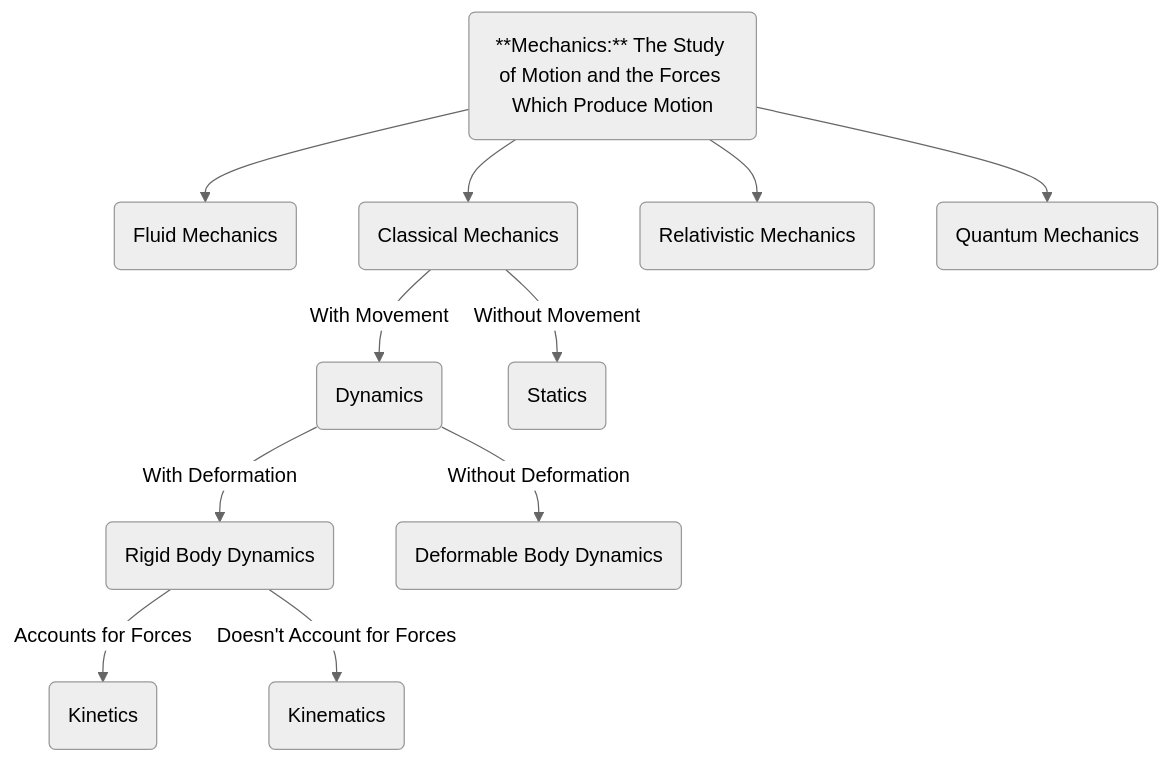
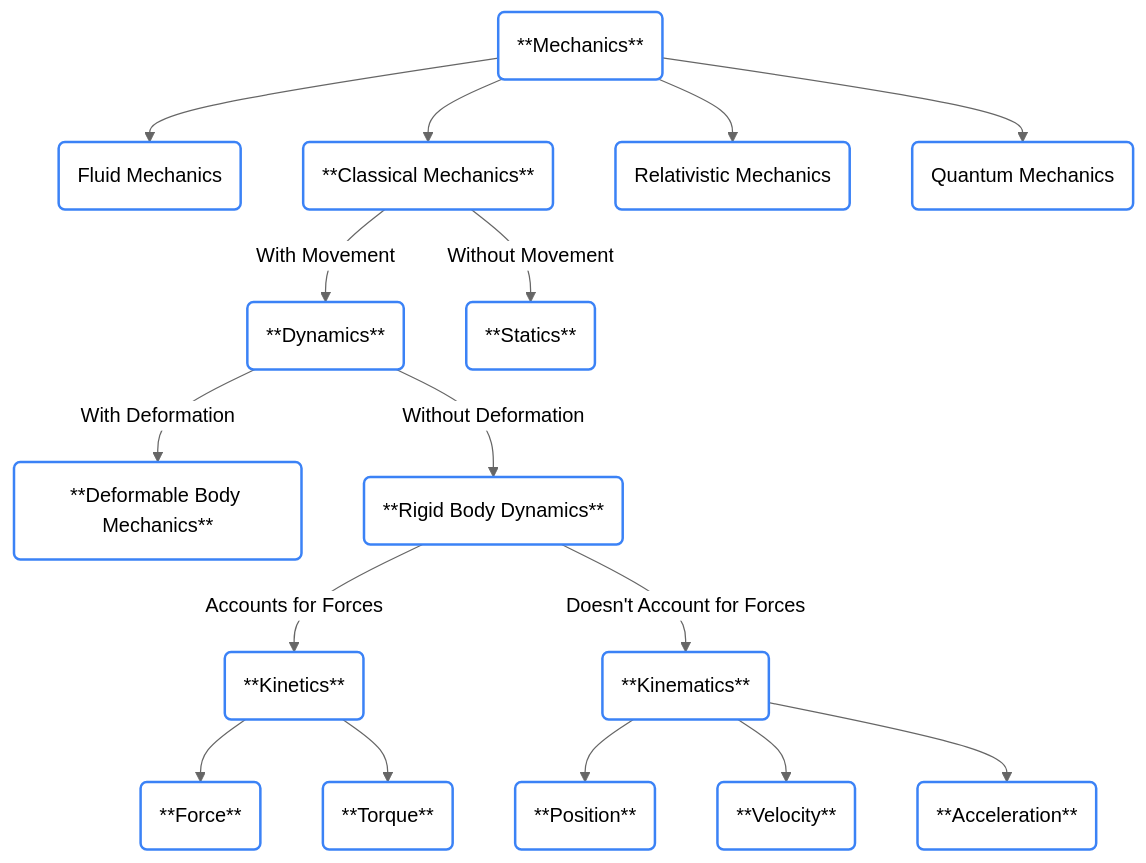
Before and after one commit to babetCode/kin325r.adrienbabet.com: the first of 2 diagrams in content/docs/week1.md, drawn with Mermaid (neutral theme). The commit also changed other lines of this file, not shown here.

````diff
--- a/content/docs/week1.md
+++ b/content/docs/week1.md
@@ -96,13 +44,38 @@
 ```mermaid
-    graph
-        mech("**Mechanics:** The Study of Motion and the Forces Which Produce Motion") --> fm(Fluid Mechanics);
-        mech --> cm(Classical Mechanics);
-        mech --> rm(Relativistic Mechanics);
-        mech --> qm(Quantum Mechanics);
-        cm -->|With Movement| dyn(Dynamics);
-        cm -->|Without Movement| stat(Statics);
-        dyn -->|With Deformation| rbd(Rigid Body Dynamics);
-        dyn -->|Without Deformation| dbd(Deformable Body Dynamics);
-        rbd -->|Accounts for Forces| kinet(Kinetics);
-        rbd -->|Doesn't Account for Forces| kinem(Kinematics);
+    graph TD
+    %% Main Structure
+    mech(**Mechanics**)
+    mech --> fm(Fluid Mechanics)
+    mech --> cm(**Classical Mechanics**)
+    mech --> rm(Relativistic Mechanics)
+    mech --> qm(Quantum Mechanics)
+    cm -->|With Movement| dyn(**Dynamics**)
+    cm -->|Without Movement| stat(**Statics**)
+    dyn -->|With Deformation| dbd(**Deformable Body Mechanics**)
+    dyn -->|Without Deformation| rbd(**Rigid Body Dynamics**)
+    rbd -->|Accounts for Forces| kinet(**Kinetics**)
+    rbd -->|Doesn't Account for Forces| kinem(**Kinematics**)
+    kinem --> pos(**Position**)
+    kinem --> vel(**Velocity**)
+    kinem --> acc(**Acceleration**)
+    kinet --> force(**Force**)
+    kinet --> torque(**Torque**)
+
+    %% Tailwind Blue-400/Blue-500 Color Scheme
+    style mech fill:none,stroke:#3b82f6,stroke-width:2px
+    style fm fill:none,stroke:#3b82f6,stroke-width:2px
+    style rm fill:none,stroke:#3b82f6,stroke-width:2px
+    style cm fill:none,stroke:#3b82f6,stroke-width:2px
+    style qm fill:none,stroke:#3b82f6,stroke-width:2px
+    style dyn fill:none,stroke:#3b82f6,stroke-width:2px
+    style stat fill:none,stroke:#3b82f6,stroke-width:2px
+    style rbd fill:none,stroke:#3b82f6,stroke-width:2px
+    style dbd fill:none,stroke:#3b82f6,stroke-width:2px
+    style kinet fill:none,stroke:#3b82f6,stroke-width:2px
+    style kinem fill:none,stroke:#3b82f6,stroke-width:2px
+    style pos fill:none,stroke:#3b82f6,stroke-width:2px
+    style vel fill:none,stroke:#3b82f6,stroke-width:2px
+    style acc fill:none,stroke:#3b82f6,stroke-width:2px
+    style force fill:none,stroke:#3b82f6,stroke-width:2px
+    style torque fill:none,stroke:#3b82f6,stroke-width:2px
 ```
````
